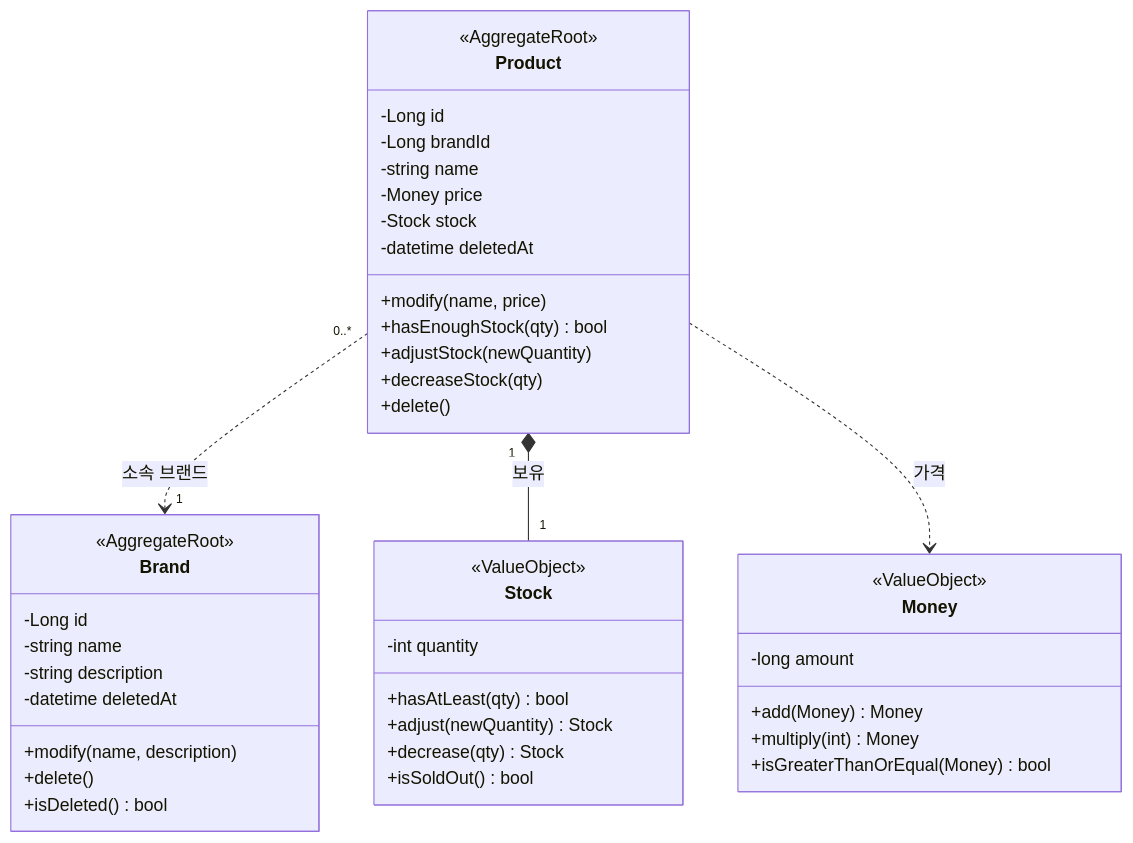
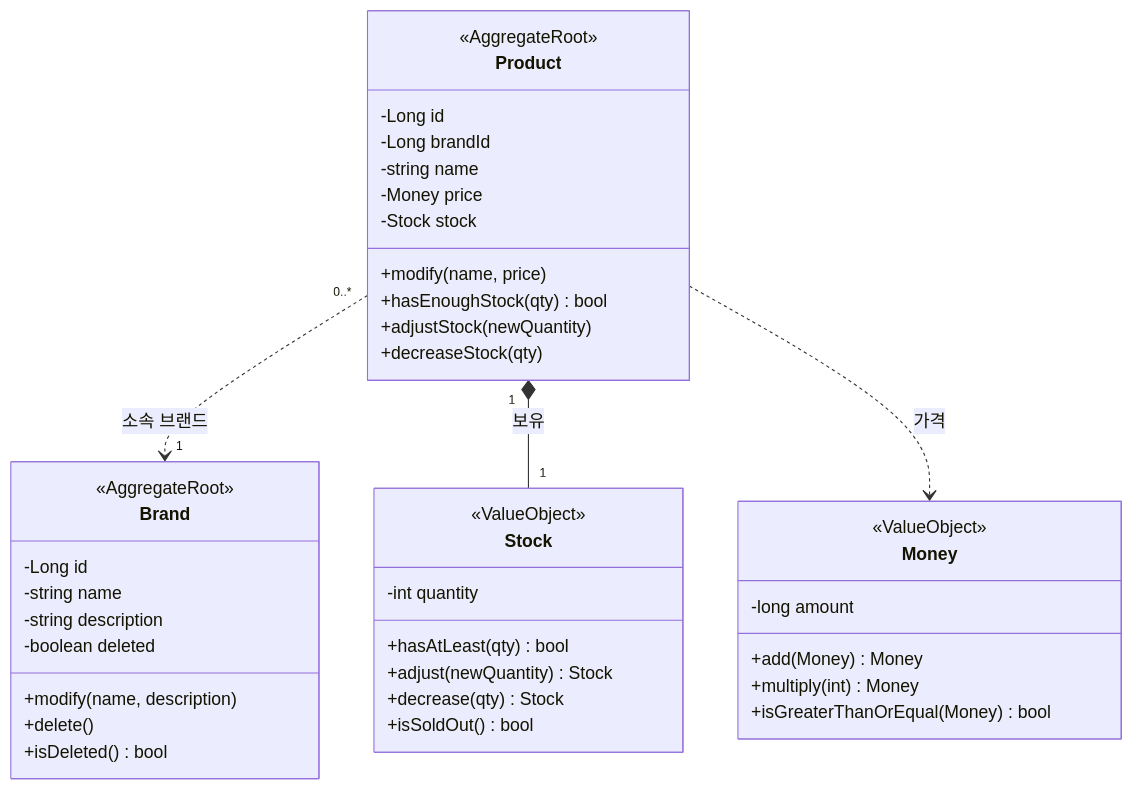
One commit to loopers-labs/loop-pack-be-l2-vol4-java changed the second of 4 diagrams in docs/week2/03-class-diagram.md. Above: the diagram before and after it, drawn with Mermaid. The commit also changed other lines of this file and 2 other files, not shown here.

````diff
--- a/docs/week2/03-class-diagram.md
+++ b/docs/week2/03-class-diagram.md
@@ -128,46 +125,44 @@
 ```mermaid
 classDiagram
     class Brand {
         <<AggregateRoot>>
         -Long id
         -string name
         -string description
-        -datetime deletedAt
+        -boolean deleted
         +modify(name, description)
         +delete()
         +isDeleted() bool
     }
     class Product {
         <<AggregateRoot>>
         -Long id
         -Long brandId
         -string name
         -Money price
         -Stock stock
-        -datetime deletedAt
         +modify(name, price)
         +hasEnoughStock(qty) bool
         +adjustStock(newQuantity)
         +decreaseStock(qty)
-        +delete()
     }
     class Stock {
         <<ValueObject>>
         -int quantity
         +hasAtLeast(qty) bool
         +adjust(newQuantity) Stock
         +decrease(qty) Stock
         +isSoldOut() bool
     }
     class Money {
         <<ValueObject>>
         -long amount
         +add(Money) Money
         +multiply(int) Money
         +isGreaterThanOrEqual(Money) bool
     }
 
     Product "0..*" ..> "1" Brand : 소속 브랜드
     Product "1" *-- "1" Stock : 보유
     Product ..> Money : 가격
 ```
````
